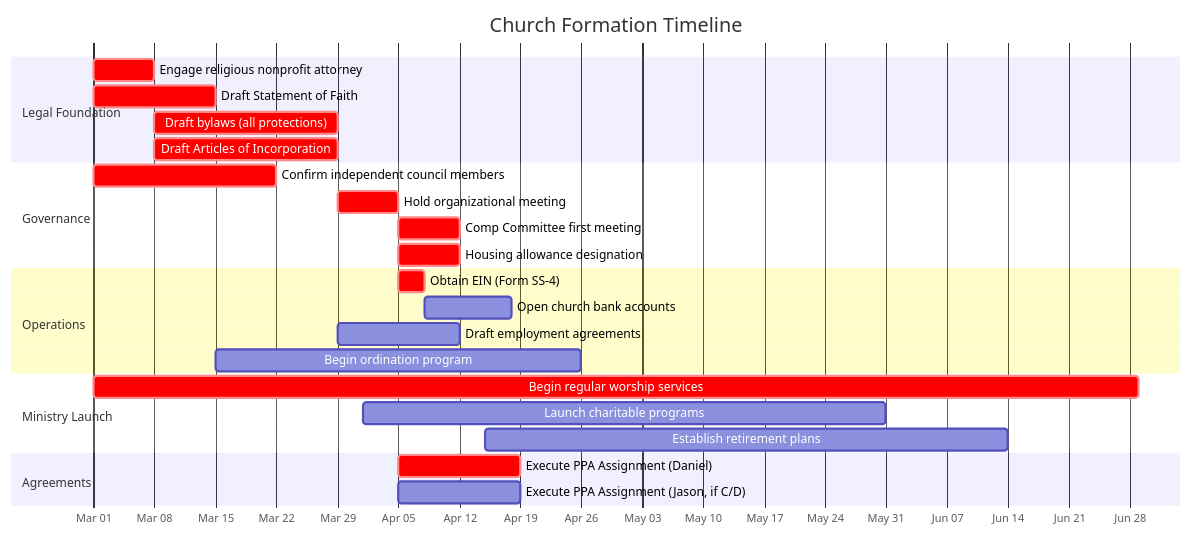
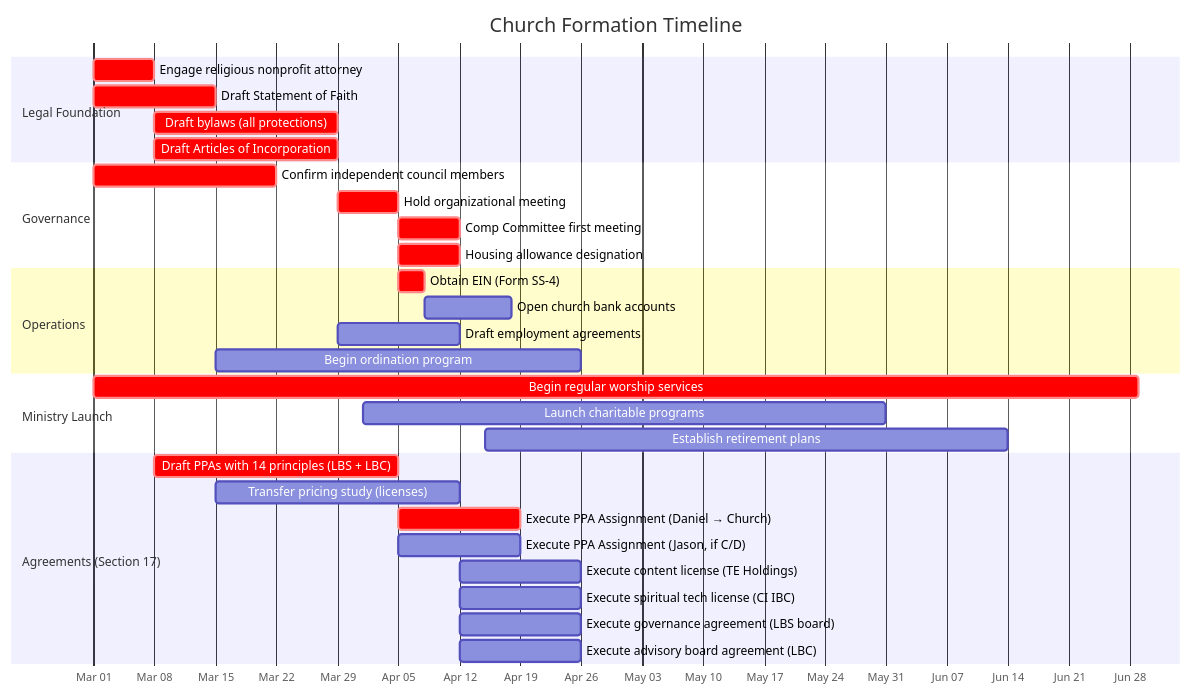
One commit to Light-Brands/epic-center changed diagram 16 of 16 in docs/tax-structure/11-CHURCH-GOVERNANCE-STRUCTURE.md. Above: the diagram before and after it, drawn with Mermaid. The commit also changed other lines of this file, not shown here.

First line of the commit message:
Add Agreement Architecture section: 14 bulletproof principles for equity without equity

````diff
--- a/docs/tax-structure/11-CHURCH-GOVERNANCE-STRUCTURE.md
+++ b/docs/tax-structure/11-CHURCH-GOVERNANCE-STRUCTURE.md
@@ -914,33 +1324,39 @@
 ```mermaid
 gantt
     title Church Formation Timeline
     dateFormat YYYY-MM-DD
     axisFormat %b %d
 
     section Legal Foundation
     Engage religious nonprofit attorney       :crit, a1, 2026-03-01, 7d
     Draft Statement of Faith                  :crit, a2, 2026-03-01, 14d
     Draft bylaws (all protections)            :crit, a4, 2026-03-08, 21d
     Draft Articles of Incorporation           :crit, a5, 2026-03-08, 21d
 
     section Governance
     Confirm independent council members       :crit, a3, 2026-03-01, 21d
     Hold organizational meeting               :crit, a6, 2026-03-29, 7d
     Comp Committee first meeting              :crit, a9, 2026-04-05, 7d
     Housing allowance designation             :crit, a10, 2026-04-05, 7d
 
     section Operations
     Obtain EIN (Form SS-4)                    :crit, a7, 2026-04-05, 3d
     Open church bank accounts                 :a8, 2026-04-08, 10d
     Draft employment agreements               :a14, 2026-03-29, 14d
     Begin ordination program                  :a11, 2026-03-15, 42d
 
     section Ministry Launch
     Begin regular worship services            :crit, a16, 2026-03-01, 120d
     Launch charitable programs                :a17, 2026-04-01, 60d
     Establish retirement plans                :a15, 2026-04-15, 60d
 
-    section Agreements
-    Execute PPA Assignment (Daniel)           :crit, a12, 2026-04-05, 14d
-    Execute PPA Assignment (Jason, if C/D)    :a13, 2026-04-05, 14d
+    section Agreements (Section 17)
+    Draft PPAs with 14 principles (LBS + LBC)  :crit, a19, 2026-03-08, 28d
+    Transfer pricing study (licenses)           :a24, 2026-03-15, 28d
+    Execute PPA Assignment (Daniel → Church)    :crit, a12, 2026-04-05, 14d
+    Execute PPA Assignment (Jason, if C/D)      :a13, 2026-04-05, 14d
+    Execute content license (TE Holdings)       :a20, 2026-04-12, 14d
+    Execute spiritual tech license (CI IBC)     :a21, 2026-04-12, 14d
+    Execute governance agreement (LBS board)    :a22, 2026-04-12, 14d
+    Execute advisory board agreement (LBC)      :a23, 2026-04-12, 14d
 ```
````
